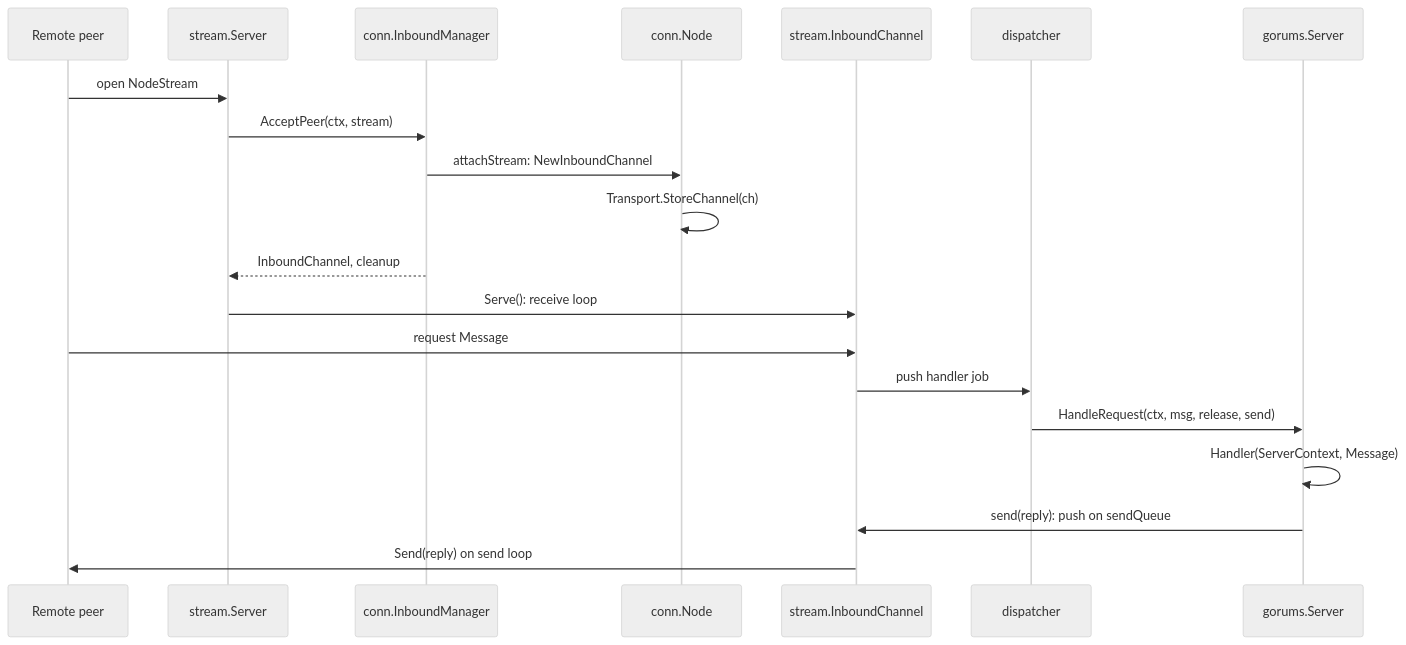
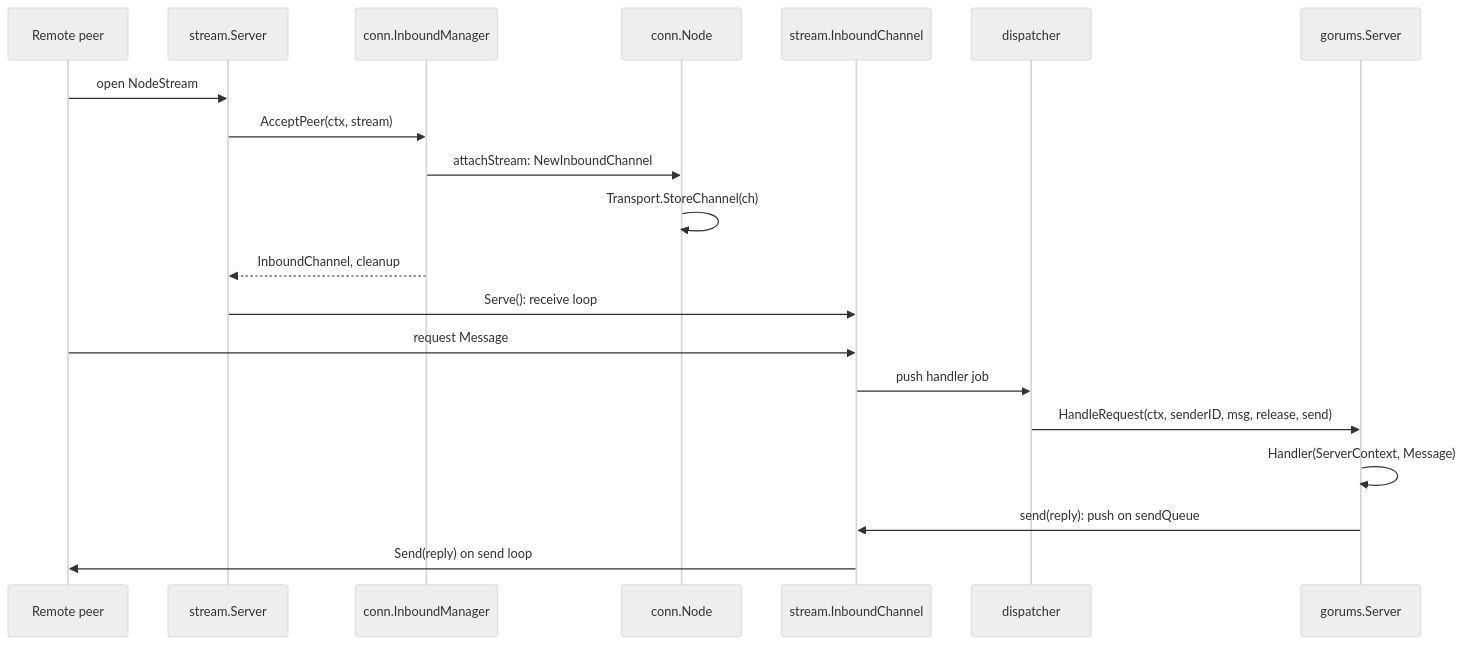
Before and after one commit to relab/gorums: the eighth of 8 diagrams in doc/dev-guide.md, drawn with Mermaid (neutral theme). The commit also changed other lines of this file and 9 other files, not shown here.

````diff
--- a/doc/dev-guide.md
+++ b/doc/dev-guide.md
@@ -504,23 +504,23 @@
 ```mermaid
 sequenceDiagram
     participant P as Remote peer
     participant SS as stream.Server
     participant IM as conn.InboundManager
     participant N as conn.Node
     participant IC as stream.InboundChannel
     participant D as dispatcher
     participant H as gorums.Server
 
     P->>SS: open NodeStream
     SS->>IM: AcceptPeer(ctx, stream)
     IM->>N: attachStream: NewInboundChannel
     N->>N: Transport.StoreChannel(ch)
     IM-->>SS: InboundChannel, cleanup
     SS->>IC: Serve(): receive loop
     P->>IC: request Message
     IC->>D: push handler job
-    D->>H: HandleRequest(ctx, msg, release, send)
+    D->>H: HandleRequest(ctx, senderID, msg, release, send)
     H->>H: Handler(ServerContext, Message)
     H->>IC: send(reply): push on sendQueue
     IC->>P: Send(reply) on send loop
 ```
````
